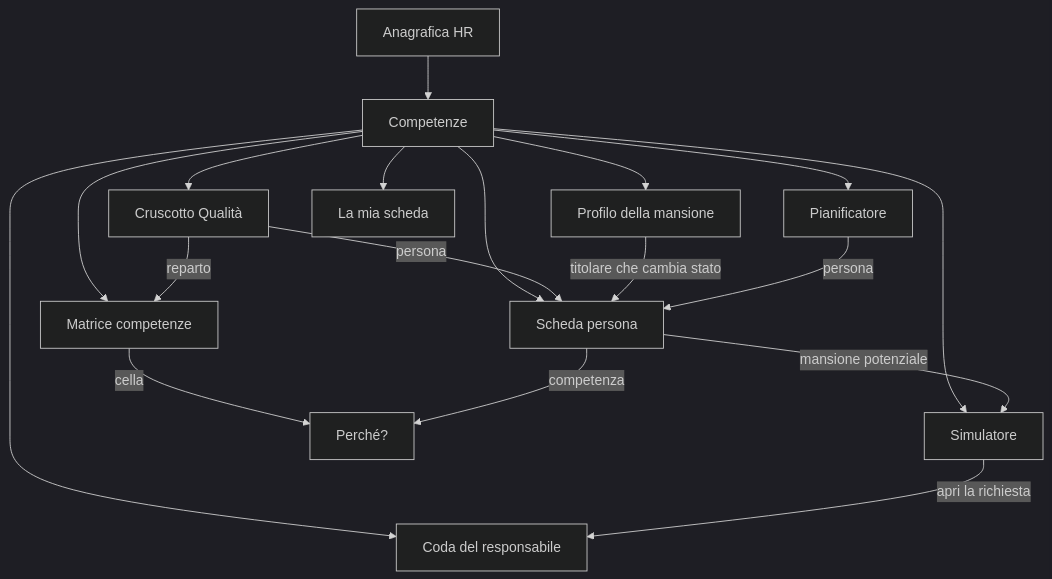
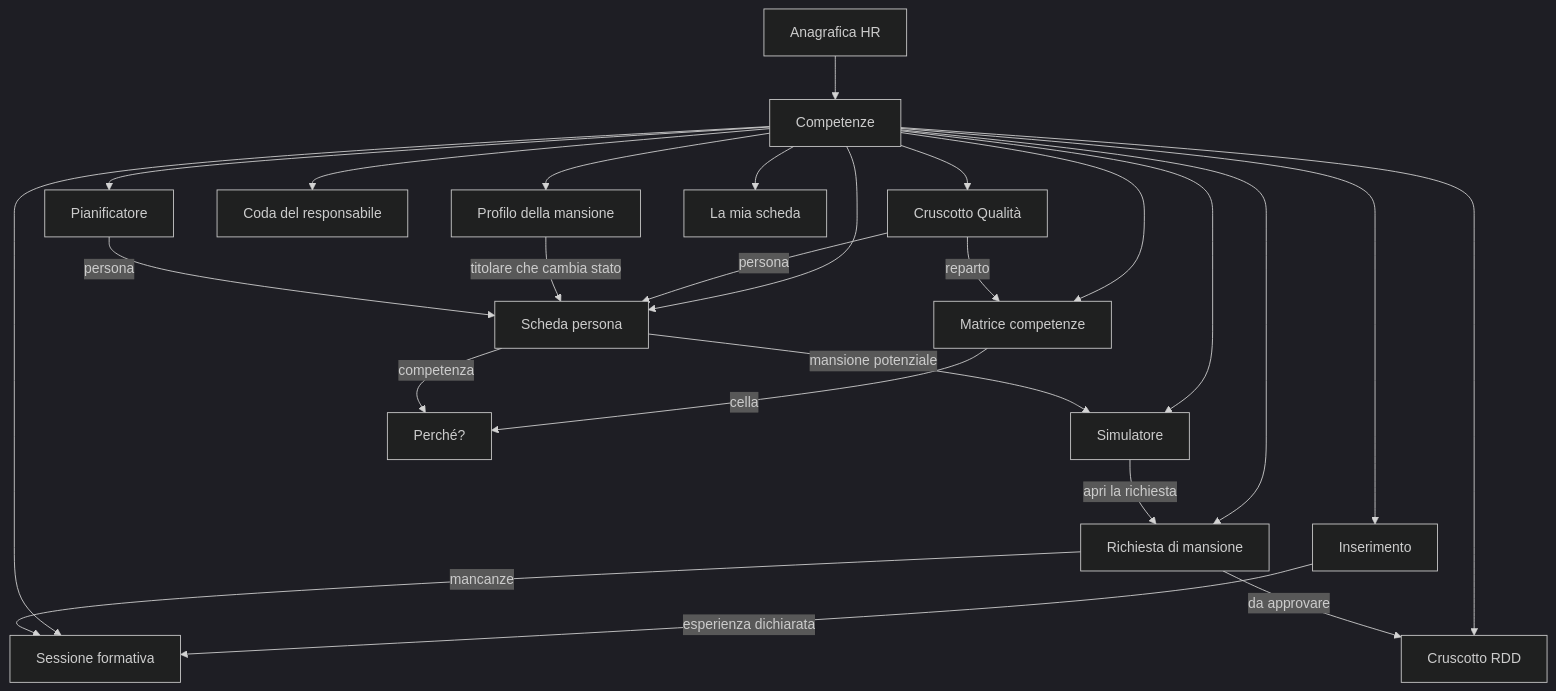
The diagram in docs/feasibility/ruoli-mansioni-competenze/03_ux.md (brividich/CRM-Brizio), drawn with Mermaid (dark theme) before and after one commit. The commit also changed other lines of this file and 26 other files, not shown here.

First line of the commit message:
docs(anagrafica): fattibilità RMC, prototipo con inserimento, richiesta di mansione, sessione formativa e cruscotto RDD

````diff
--- a/docs/feasibility/ruoli-mansioni-competenze/03_ux.md
+++ b/docs/feasibility/ruoli-mansioni-competenze/03_ux.md
@@ -61,20 +62,27 @@
 ```mermaid
 flowchart TD
     A[Anagrafica HR] --> C[Competenze]
     C --> Q[Cruscotto Qualità]
     C --> M[Matrice competenze]
     C --> P[Scheda persona]
     C --> E[Profilo della mansione]
     C --> S[Simulatore]
+    C --> IN[Inserimento]
+    IN -- esperienza dichiarata --> SF
+    C --> RA[Richiesta di mansione]
+    C --> SF[Sessione formativa]
+    C --> RD[Cruscotto RDD]
     C --> R[Coda del responsabile]
     C --> F[Pianificatore]
     C --> D[La mia scheda]
     Q -- reparto --> M
     Q -- persona --> P
     M -- cella --> W[Perché?]
     P -- competenza --> W
     P -- mansione potenziale --> S
-    S -- apri la richiesta --> R
+    S -- apri la richiesta --> RA
+    RA -- mancanze --> SF
+    RA -- da approvare --> RD
     E -- titolare che cambia stato --> P
     F -- persona --> P
 ```
````
